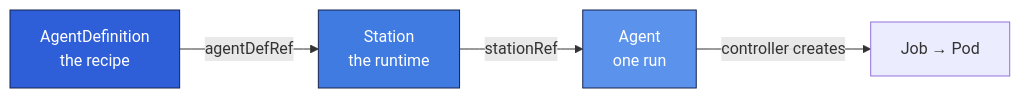
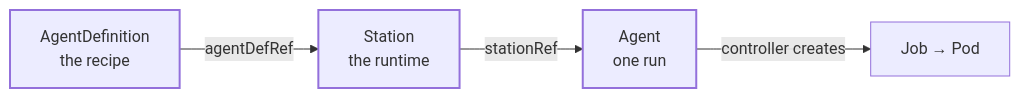
The diagram in website/src/content/docs/index.mdx (re-cinq/ai-agent-subsystem), drawn with Mermaid before and after one commit. The commit also changed 7 other files, not shown here.

First line of the commit message:
docs(website): match re-cinq.com code blocks and diagrams

````diff
--- a/website/src/content/docs/index.mdx
+++ b/website/src/content/docs/index.mdx
@@ -56,12 +56,12 @@
 ```mermaid
 flowchart LR
     AD["AgentDefinition<br/>the recipe"] -->|agentDefRef| ST["Station<br/>the runtime"]
     ST -->|stationRef| AG["Agent<br/>one run"]
     AG -->|controller creates| JB["Job → Pod"]
-    classDef ad fill:#2f5fd8,color:#fff,stroke:#16224f;
-    classDef st fill:#3f7be0,color:#fff,stroke:#16224f;
-    classDef ag fill:#5b93ec,color:#fff,stroke:#16224f;
+    classDef ad stroke-width:2px;
+    classDef st stroke-width:2px;
+    classDef ag stroke-width:2px;
     class AD ad
     class ST st
     class AG ag
 ```
````
